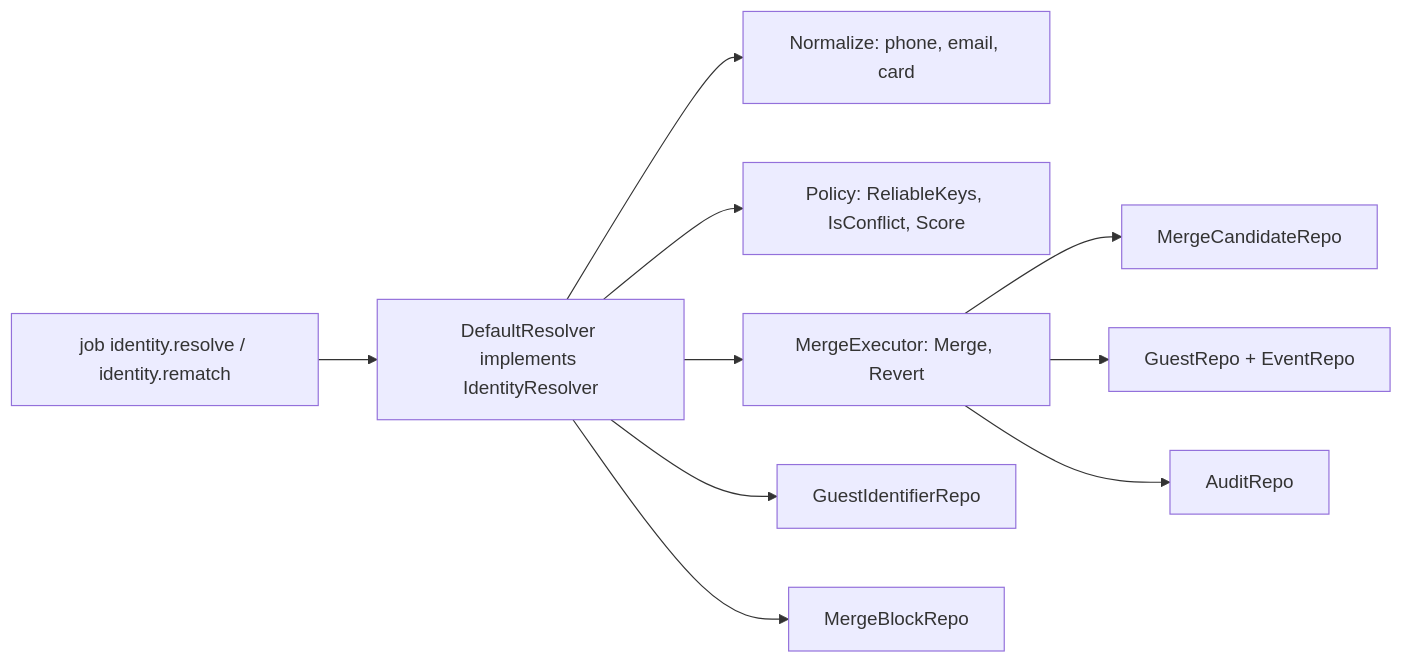
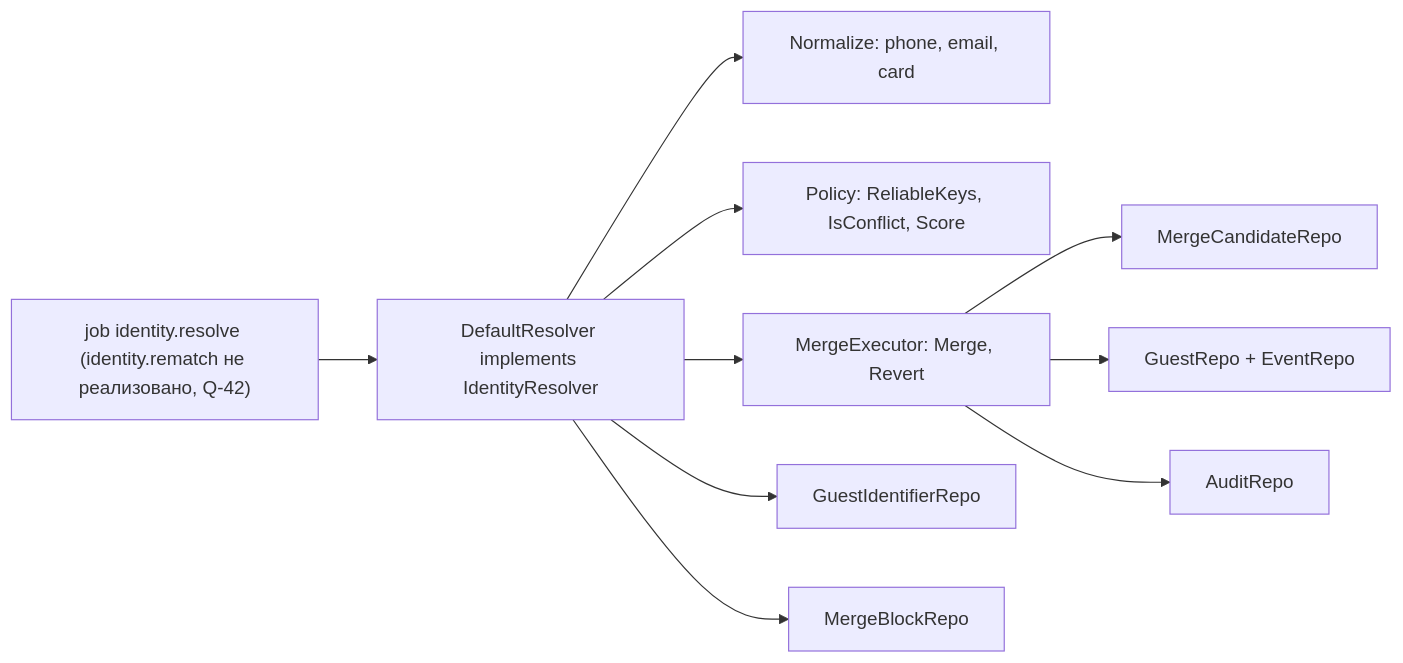
Before and after one commit to MangriMen/UCRP: the fifth of 5 diagrams in docs/design/12-c4.md, drawn with Mermaid. The commit also changed 4 other files, not shown here.

Commit message:
docs: mark identity.rematch as not implemented

````diff
--- a/docs/design/12-c4.md
+++ b/docs/design/12-c4.md
@@ -114,22 +114,22 @@
 ```mermaid
 flowchart LR
-  JOB["job identity.resolve / identity.rematch"]
+  JOB["job identity.resolve (identity.rematch не реализовано, Q-42)"]
   DR["DefaultResolver implements IdentityResolver"]
   NZ["Normalize: phone, email, card"]
   PO["Policy: ReliableKeys, IsConflict, Score"]
   ME["MergeExecutor: Merge, Revert"]
   GI["GuestIdentifierRepo"]
   UB["MergeBlockRepo"]
   MC["MergeCandidateRepo"]
   GR["GuestRepo + EventRepo"]
   AR["AuditRepo"]
   JOB --> DR
   DR --> NZ
   DR --> GI
   DR --> UB
   DR --> PO
   DR --> ME
   ME --> MC
   ME --> GR
   ME --> AR
 ```
````
